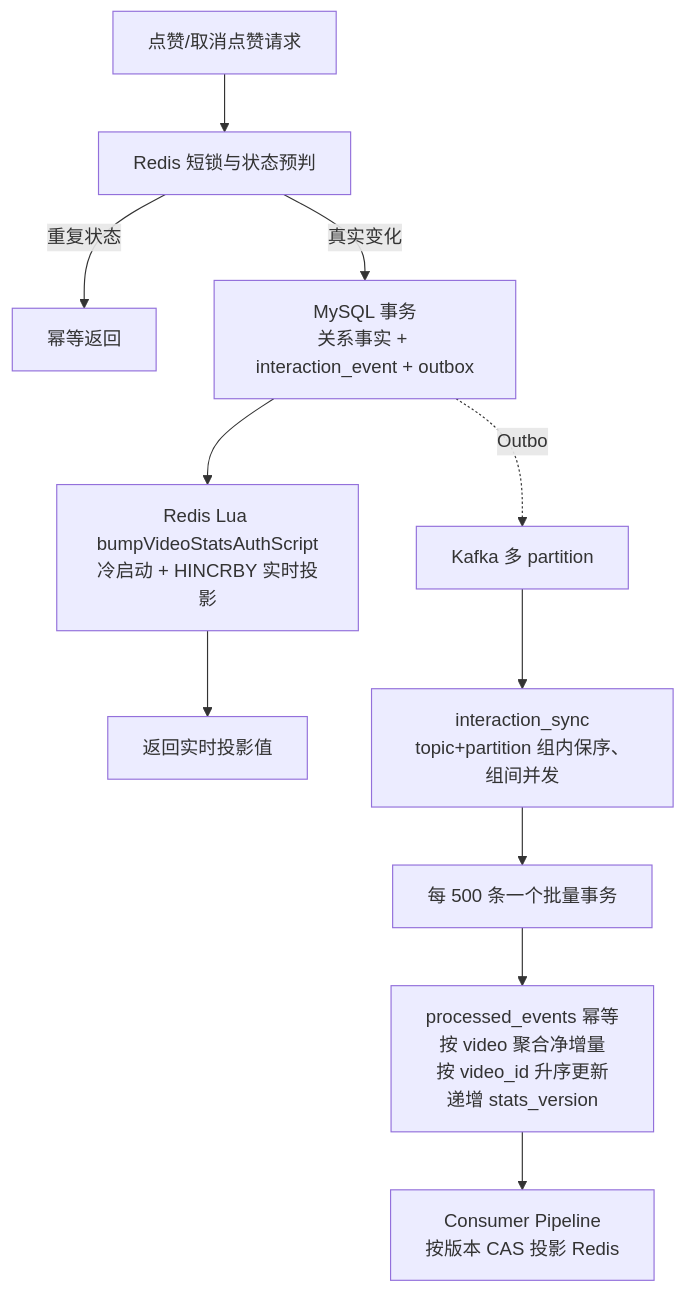
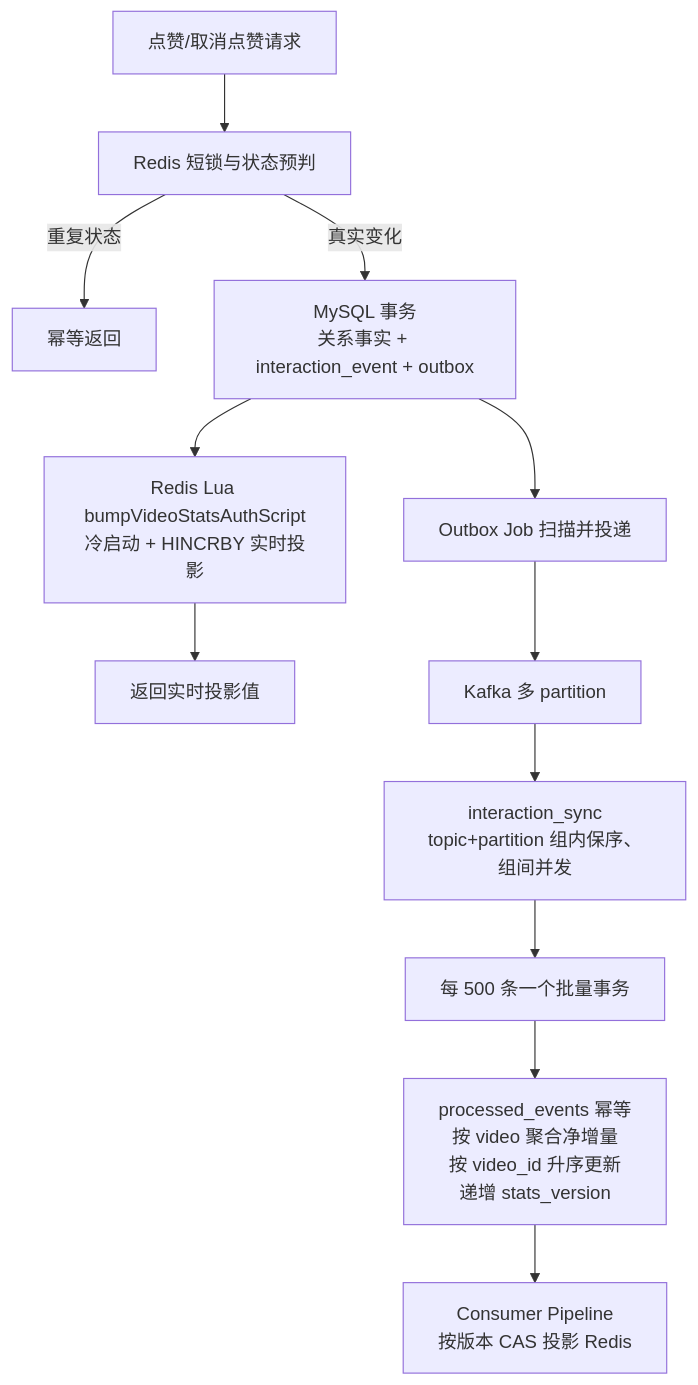
One commit to Redeemz473/feedsystem-zero changed diagram 13 of 28 in docs/PROJECT_OVERVIEW.md. Above: the diagram before and after it, drawn with Mermaid. The commit also changed other lines of this file and 3 other files, not shown here.

Commit message:
docs(overview): add 8.3.6 comment publish/delete flow and 5.7 three-pipeline action matrix

````diff
--- a/docs/PROJECT_OVERVIEW.md
+++ b/docs/PROJECT_OVERVIEW.md
@@ -2486,13 +2585,14 @@
 ```mermaid
 flowchart TD
     A[点赞/取消点赞请求] --> B[Redis 短锁与状态预判]
     B -->|重复状态| C[幂等返回]
     B -->|真实变化| D[MySQL 事务<br/>关系事实 + interaction_event + outbox]
     D --> E[Redis Lua bumpVideoStatsAuthScript<br/>冷启动 + HINCRBY 实时投影]
     E --> F[返回实时投影值]
-    D -.Outbox.-> K[Kafka 多 partition]
+    D --> OB[Outbox Job 扫描并投递]
+    OB --> K[Kafka 多 partition]
     K --> G[interaction_sync<br/>topic+partition 组内保序、组间并发]
     G --> H[每 500 条一个批量事务]
     H --> I[processed_events 幂等<br/>按 video 聚合净增量<br/>按 video_id 升序更新<br/>递增 stats_version]
     I --> J[Consumer Pipeline<br/>按版本 CAS 投影 Redis]
 ```
````
